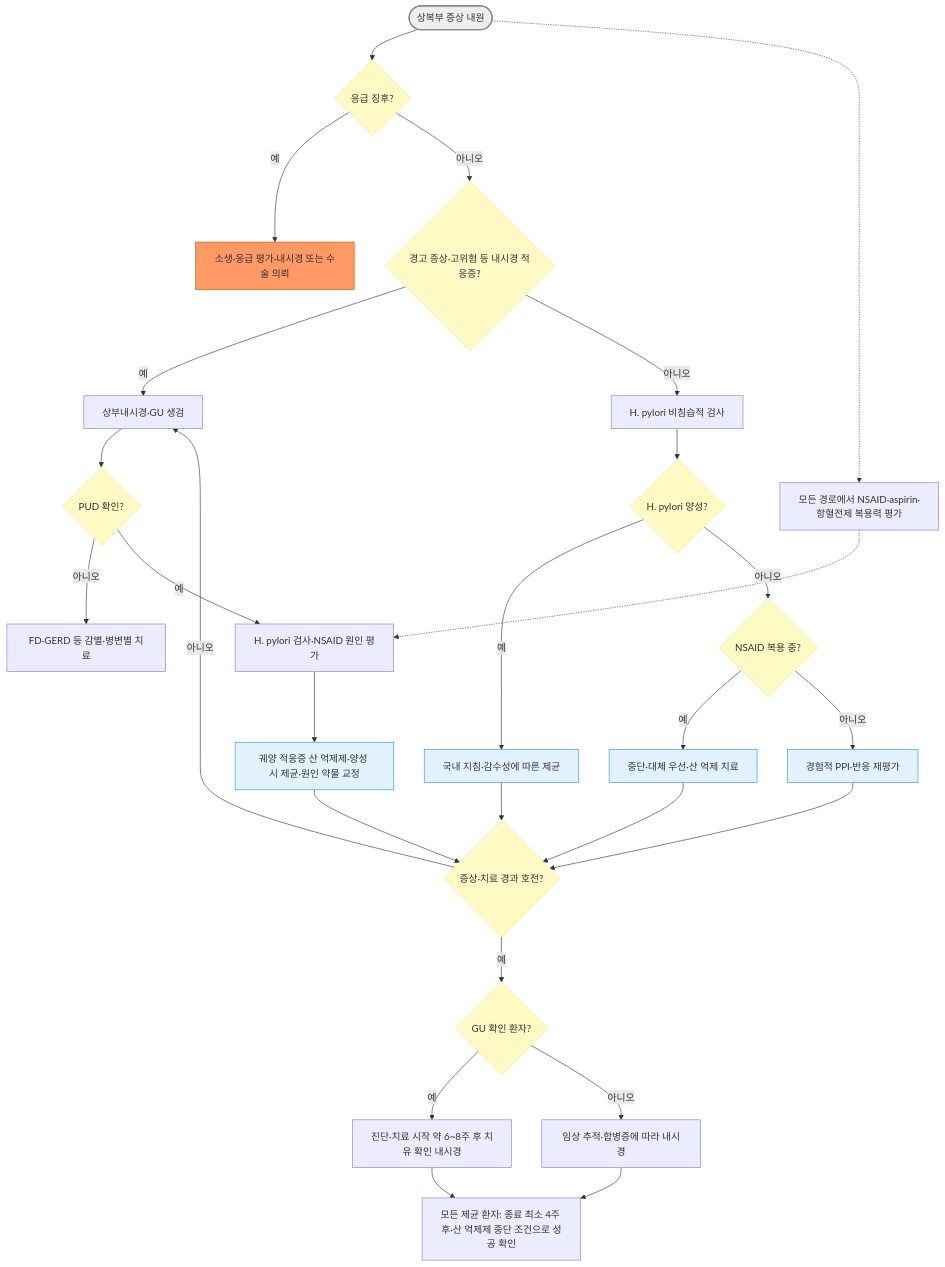
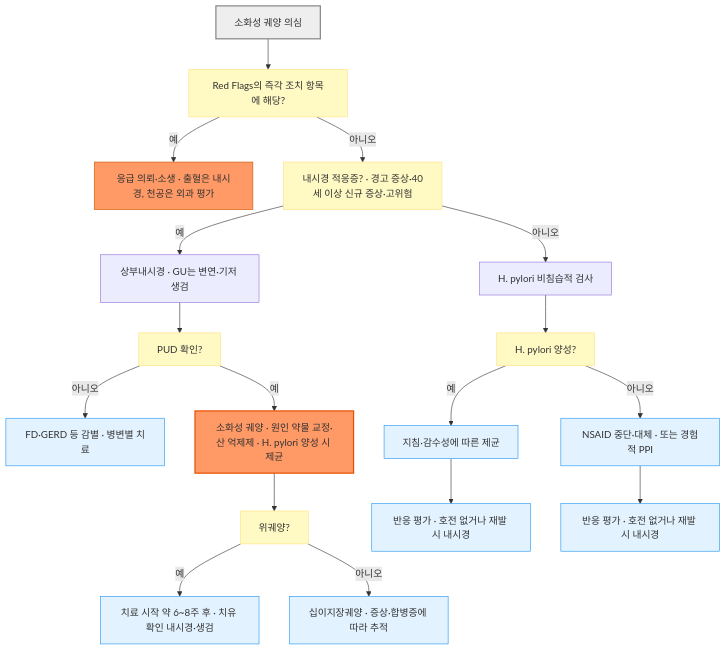
The first of 2 diagrams in 224_/079_-peptic-ulcer-pud.md (familyoh77/familyoh77), drawn with Mermaid before and after one commit. The commit also changed other lines of this file and 1 other file, not shown here.

````diff
--- a/224_/079_-peptic-ulcer-pud.md
+++ b/224_/079_-peptic-ulcer-pud.md
@@ -146,35 +147,27 @@
 ```mermaid
-graph TD
-    A([상복부 증상 내원]) --> B{"응급 징후?"}
-    B -->|예| C["소생·응급 평가·내시경 또는 수술 의뢰"]
-    B -->|아니오| D{"경고 증상·고위험 등 내시경 적응증?"}
-    D -->|예| E["상부내시경·GU 생검"]
-    D -->|아니오| F["H. pylori 비침습적 검사"]
-    E --> T{"PUD 확인?"}
-    T -->|아니오| V["FD·GERD 등 감별·병변별 치료"]
-    T -->|예| U["H. pylori 검사·NSAID 원인 평가"]
-    U --> W["궤양 적응증 산 억제제·양성 시 제균·원인 약물 교정"]
-    F --> G{"H. pylori 양성?"}
-    G -->|예| H["국내 지침·감수성에 따른 제균"]
-    G -->|아니오| I{"NSAID 복용 중?"}
-    I -->|예| J["중단·대체 우선·산 억제 치료"]
-    I -->|아니오| K["경험적 PPI·반응 재평가"]
-    H --> L{"증상·치료 경과 호전?"}
-    J --> L
-    K --> L
-    W --> L
-    L -->|아니오| E
-    L -->|예| M{"GU 확인 환자?"}
-    M -->|예| N["진단·치료 시작 약 6~8주 후 치유 확인 내시경"]
-    M -->|아니오| O["임상 추적·합병증에 따라 내시경"]
-    N --> P["모든 제균 환자: 종료 최소 4주 후·산 억제제 중단 조건으로 성공 확인"]
-    O --> P
-    A -.-> R["모든 경로에서 NSAID·aspirin·항혈전제 복용력 평가"]
-    R -.-> U
+flowchart TD
+    A["소화성 궤양 의심"] --> B["Red Flags의 즉각 조치 항목에 해당?"]
+    B -- "예" --> C["응급 의뢰·소생 · 출혈은 내시경, 천공은 외과 평가"]
+    B -- "아니오" --> D["내시경 적응증? · 경고 증상·40세 이상 신규 증상·고위험"]
+    D -- "예" --> E["상부내시경 · GU는 변연·기저 생검"]
+    D -- "아니오" --> F["H. pylori 비침습적 검사"]
+    E --> T["PUD 확인?"]
+    T -- "아니오" --> V["FD·GERD 등 감별 · 병변별 치료"]
+    T -- "예" --> U["소화성 궤양 · 원인 약물 교정·산 억제제 · H. pylori 양성 시 제균"]
+    U --> M["위궤양?"]
+    M -- "예" --> N["치료 시작 약 6~8주 후 · 치유 확인 내시경·생검"]
+    M -- "아니오" --> O["십이지장궤양 · 증상·합병증에 따라 추적"]
+    F --> G["H. pylori 양성?"]
+    G -- "예" --> H["지침·감수성에 따른 제균"]
+    G -- "아니오" --> I["NSAID 중단·대체 · 또는 경험적 PPI"]
+    H --> L1["반응 평가 · 호전 없거나 재발 시 내시경"]
+    I --> L2["반응 평가 · 호전 없거나 재발 시 내시경"]
+
     style A fill:#eeeeee,stroke:#888888,stroke-width:2px
+    style U fill:#f96,stroke:#e65100,stroke-width:2px
     style C fill:#ff9966,stroke:#cc5500
-    classDef yellow fill:#fff9c4,stroke:#ffe082
-    class B,D,T,G,I,L,M yellow
+    classDef question fill:#fff9c4,stroke:#ffe082
+    class B,D,T,M,G question
     classDef sky fill:#e3f2ff,stroke:#2196f3
-    class H,J,K,W sky
+    class H,I,N,O,V,L1,L2 sky
 ```
````
